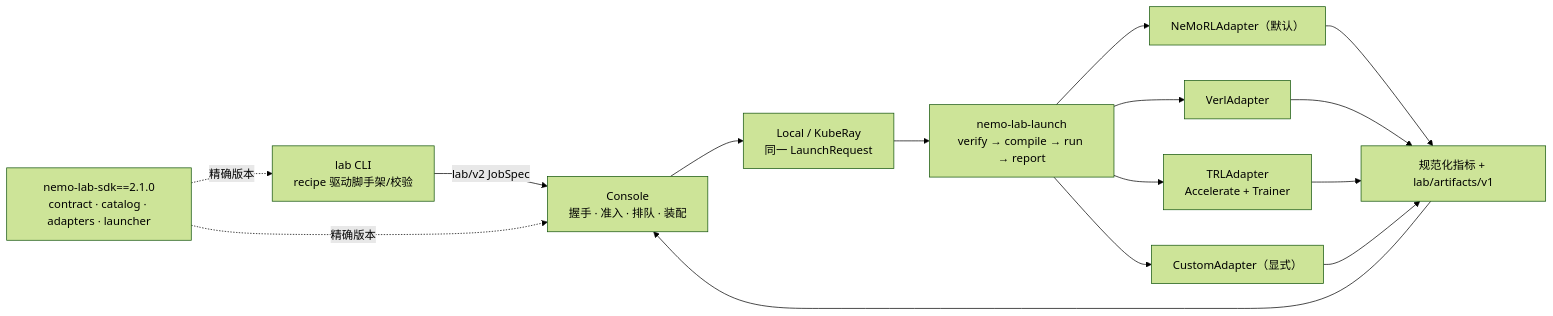
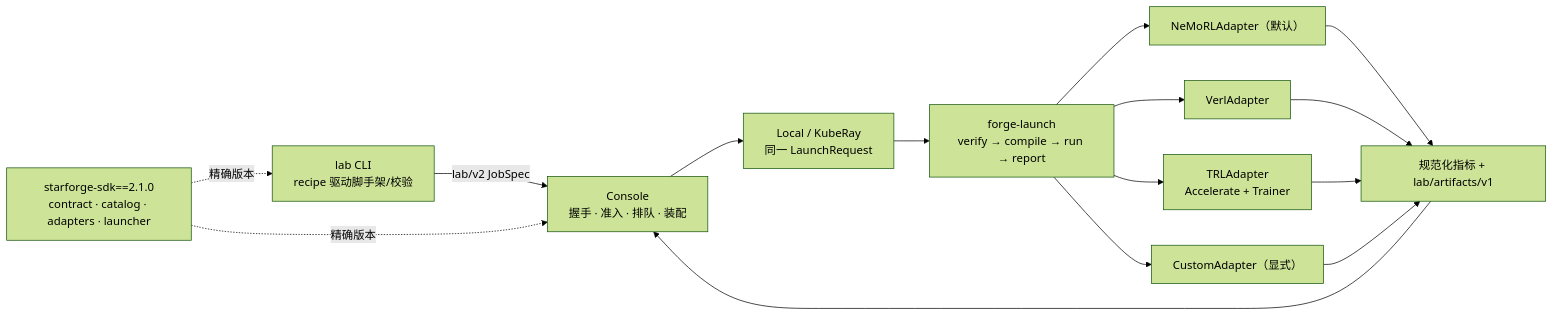
Before and after one commit to wccdev/starforge-tutorial: the diagram in README.md, drawn with Mermaid (forest theme). The commit also changed other lines of this file and 135 other files, not shown here.

````diff
--- a/README.md
+++ b/README.md
@@ -73,17 +73,17 @@
 ```mermaid
 flowchart LR
   CLI["lab CLI\nrecipe 驱动脚手架/校验"] -->|"lab/v2 JobSpec"| Console["Console\n握手 · 准入 · 排队 · 装配"]
-  SDK["nemo-lab-sdk==2.1.0\ncontract · catalog · adapters · launcher"] -. "精确版本" .-> CLI
+  SDK["starforge-sdk==2.1.0\ncontract · catalog · adapters · launcher"] -. "精确版本" .-> CLI
   SDK -. "精确版本" .-> Console
   Console --> Executor["Local / KubeRay\n同一 LaunchRequest"]
-  Executor --> Launcher["nemo-lab-launch\nverify → compile → run → report"]
+  Executor --> Launcher["forge-launch\nverify → compile → run → report"]
   Launcher --> NeMo["NeMoRLAdapter（默认）"]
   Launcher --> Verl["VerlAdapter"]
   Launcher --> TRL["TRLAdapter\nAccelerate + Trainer"]
   Launcher --> Custom["CustomAdapter（显式）"]
   NeMo --> Output["规范化指标 + lab/artifacts/v1"]
   Verl --> Output
   TRL --> Output
   Custom --> Output
   Output --> Console
 ```
````
